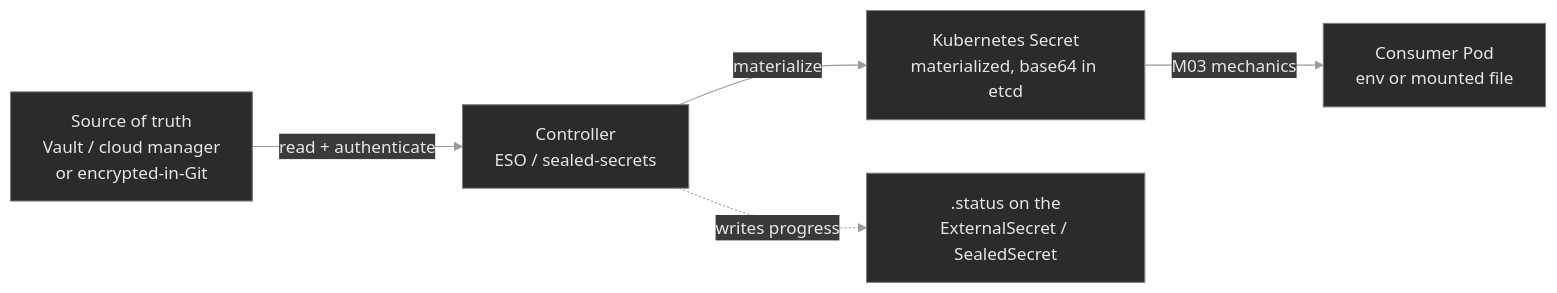
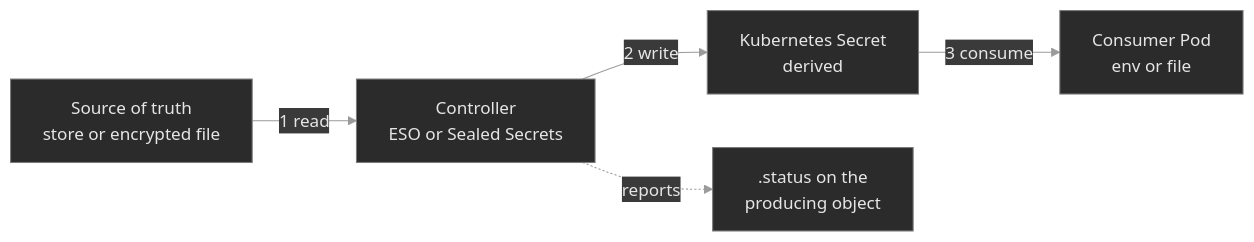
One commit to debozkurt/killercoda-k8s changed the diagram in m11-secrets-at-scale/LESSON.md. Above: the diagram before and after it, drawn with Mermaid. The commit also changed other lines of this file and 58 other files, not shown here.

First line of the commit message:
m11: quality pass to the M05/M06/M07 bar, fix operator status and secrets claims, add bf04-bf05

````diff
--- a/m11-secrets-at-scale/LESSON.md
+++ b/m11-secrets-at-scale/LESSON.md
@@ -49,17 +51,18 @@
 ```mermaid
 %%{init: {'theme':'base', 'themeVariables': {
   'primaryColor':'#2b2b2b', 'primaryTextColor':'#e6e6e6',
   'primaryBorderColor':'#7a7a7a', 'lineColor':'#9a9a9a',
   'secondaryColor':'#3a3a3a', 'tertiaryColor':'#1f1f1f',
   'background':'#0f0f0f'
 }}}%%
 flowchart LR
-    SRC[Source of truth<br/>Vault / cloud manager<br/>or encrypted-in-Git]
-    CTRL[Controller<br/>ESO / sealed-secrets]
-    SEC[Kubernetes Secret<br/>materialized, base64 in etcd]
-    POD[Consumer Pod<br/>env or mounted file]
-    SRC -->|read + authenticate| CTRL
-    CTRL -->|materialize| SEC
-    SEC -->|M03 mechanics| POD
-    CTRL -.writes progress.-> ST[.status on the<br/>ExternalSecret / SealedSecret]
+    SRC[Source of truth<br/>store or encrypted file]
+    CTRL[Controller<br/>ESO or Sealed Secrets]
+    SEC[Kubernetes Secret<br/>derived]
+    POD[Consumer Pod<br/>env or file]
+    ST[.status on the<br/>producing object]
+    SRC -->|1 read| CTRL
+    CTRL -->|2 write| SEC
+    SEC -->|3 consume| POD
+    CTRL -.reports.-> ST
 ```
````
